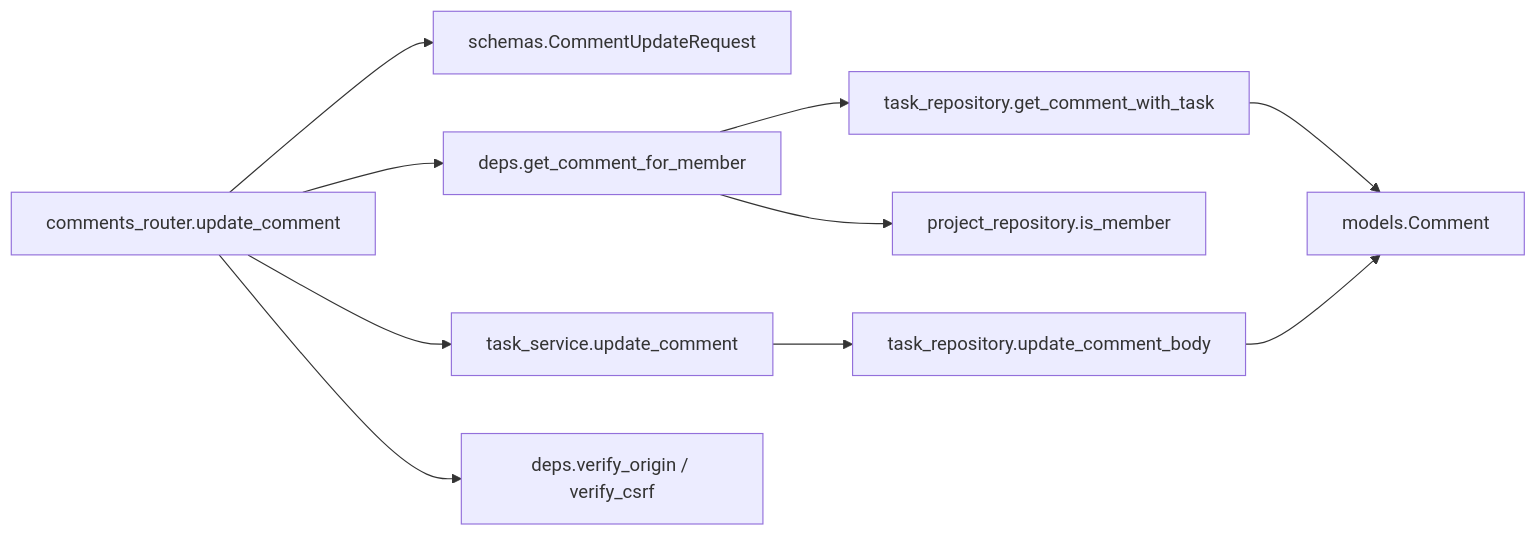
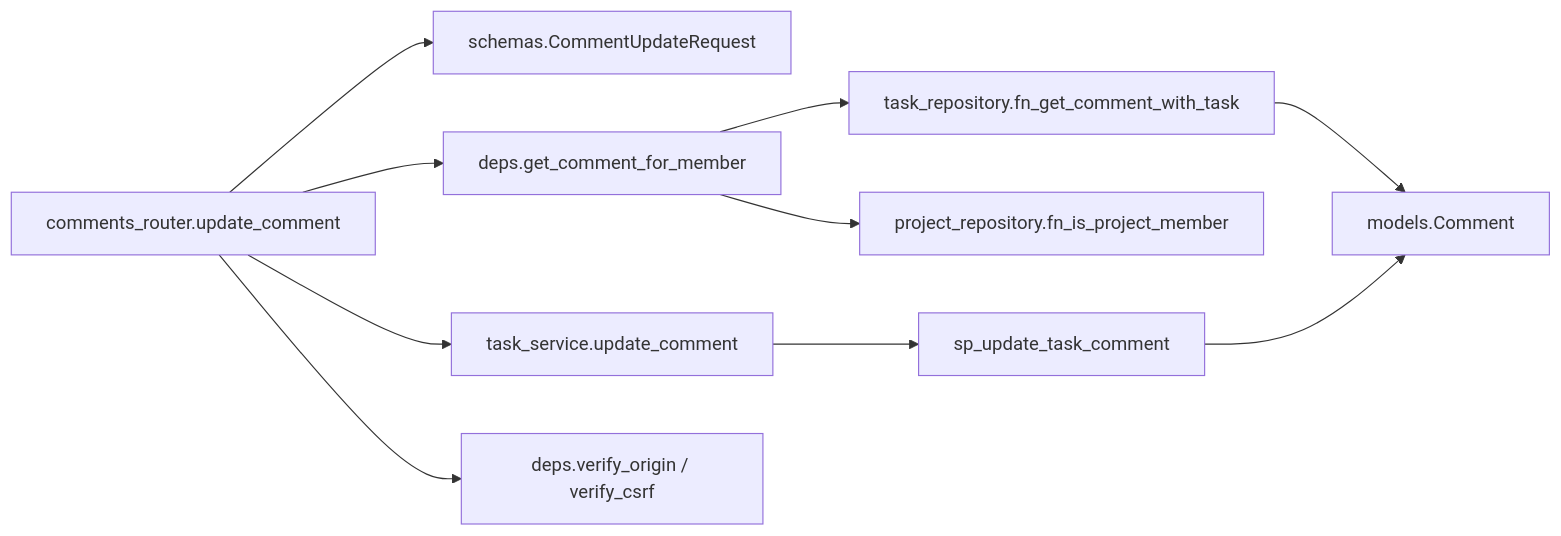
Before and after one commit to oikawa-d/task_management: the third of 4 diagrams in detailed_design/api/tasks/08_patch_comment.md, drawn with Mermaid. The commit also changed other lines of this file and 58 other files, not shown here.

````diff
--- a/detailed_design/api/tasks/08_patch_comment.md
+++ b/detailed_design/api/tasks/08_patch_comment.md
@@ -223,12 +223,12 @@
 ```mermaid
 flowchart LR
     R["comments_router.update_comment"] --> Sch["schemas.CommentUpdateRequest"]
     R --> D["deps.get_comment_for_member"]
     R --> S["task_service.update_comment"]
-    D --> TR1["task_repository.get_comment_with_task"]
-    D --> PR["project_repository.is_member"]
-    S --> TR2["task_repository.update_comment_body"]
+    D --> TR1["task_repository.fn_get_comment_with_task"]
+    D --> PR["project_repository.fn_is_project_member"]
+    S --> TR2["sp_update_task_comment"]
     TR1 --> M["models.Comment"]
     TR2 --> M
     R --> V["deps.verify_origin / verify_csrf"]
 ```
````
